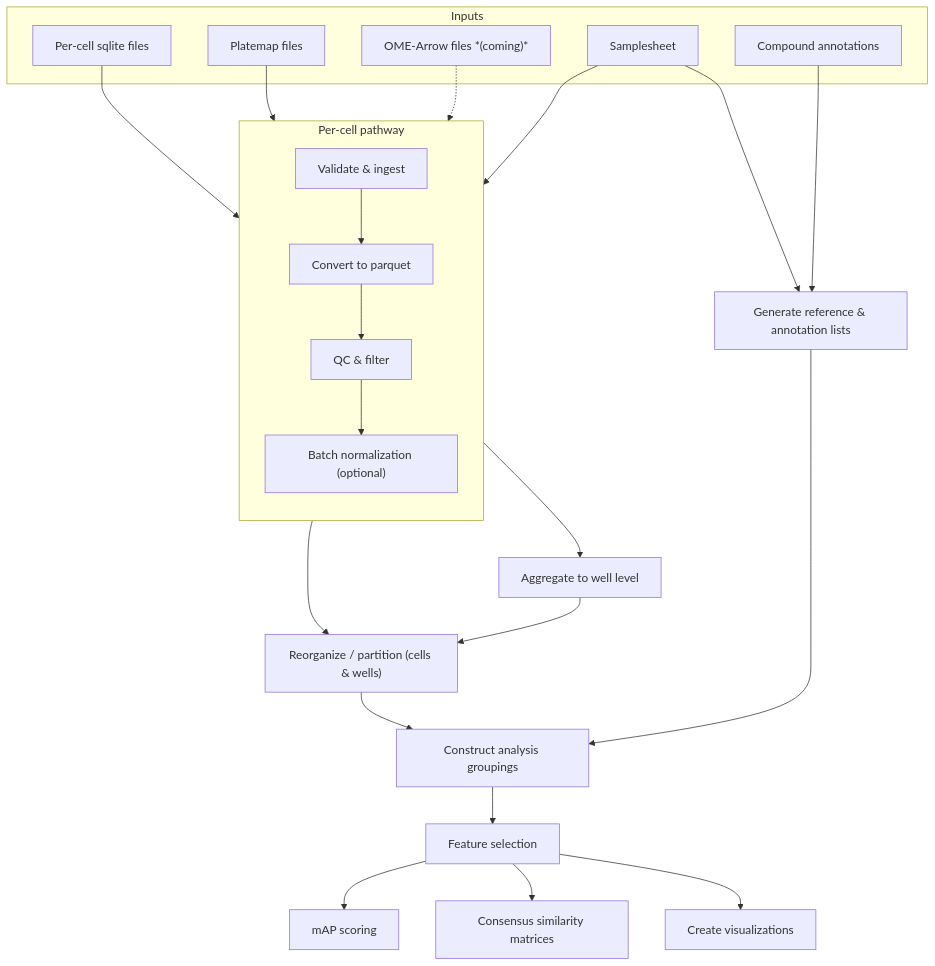
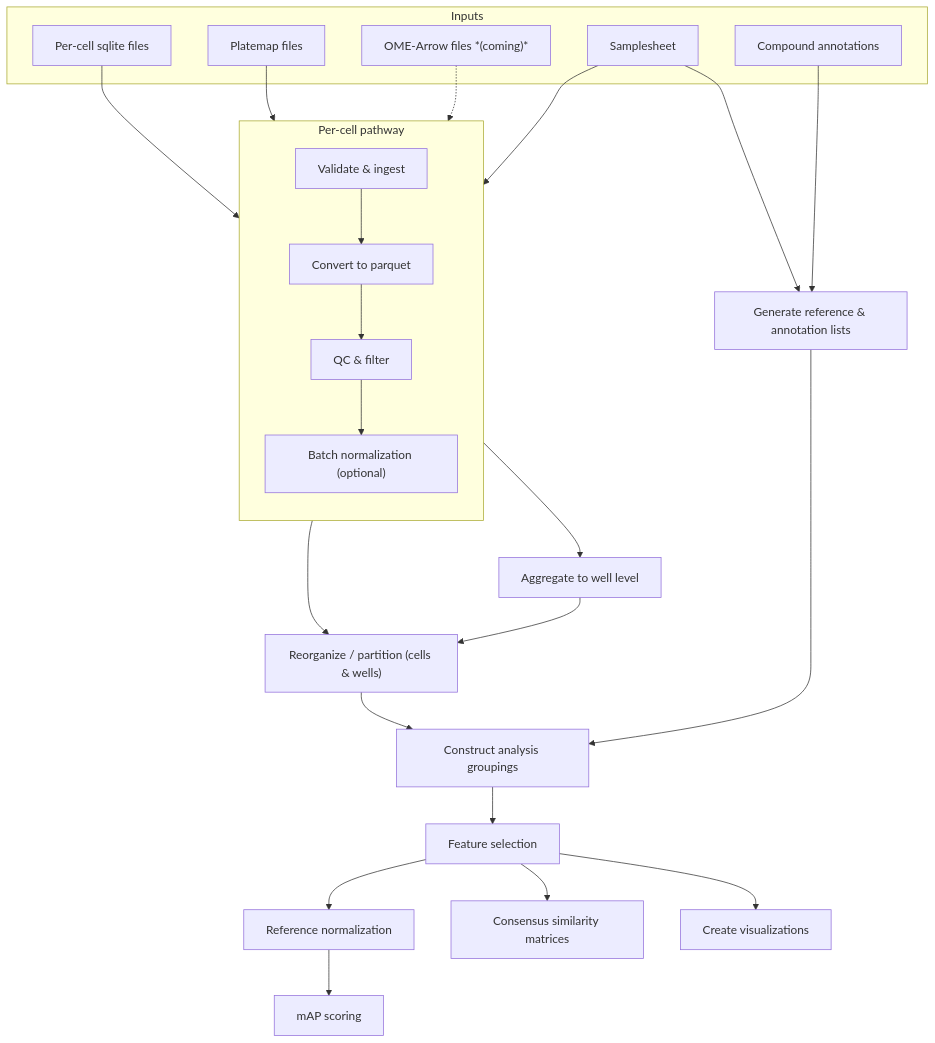
Before and after one commit to AlexsLemonade/morphport: the diagram in planning/outline.md, drawn with Mermaid. The commit also changed other lines of this file, not shown here.

````diff
--- a/planning/outline.md
+++ b/planning/outline.md
@@ -244,37 +266,38 @@
 ```mermaid
 flowchart TD
     subgraph IN["Inputs"]
         CSQL["Per-cell sqlite files"]
         PM["Platemap files"]
         OA["OME-Arrow files *(coming)*"]
         SS["Samplesheet"]
         CA["Compound annotations"]
     end
 
     subgraph CELL["Per-cell pathway"]
         direction TB
         VI_C["Validate & ingest"]
         CPQ["Convert to parquet"]
         QC_C["QC & filter"]
         N_C["Batch normalization (optional)"]
         VI_C --> CPQ --> QC_C --> N_C
     end
 
     SS & CSQL & PM --> VI_C
     OA -.-> VI_C
 
     WSM["Aggregate to well level"]
     P["Reorganize / partition (cells & wells)"]
     N_C --> WSM & P
     WSM --> P
 
     SS & CA --> REF["Generate reference & annotation lists"]
 
     P --> GRP["Construct analysis groupings"]
     REF --> GRP
 
     GRP --> FS["Feature selection"]
     FS --> VIZ["Create visualizations"]
     FS --> SIM["Consensus similarity matrices"]
-    FS --> MAP["mAP scoring"]
+    FS --> RN["Reference normalization"]
+    RN --> MAP["mAP scoring"]
 ```
````
